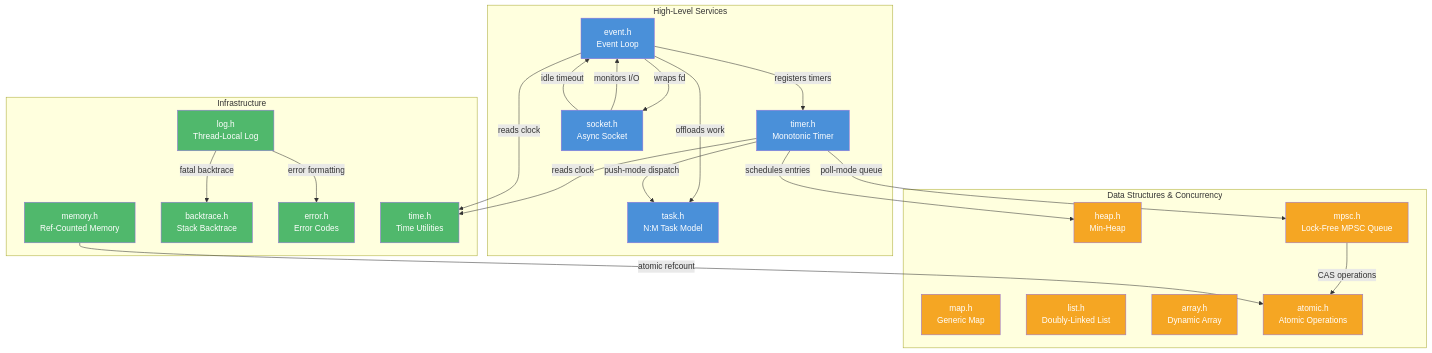
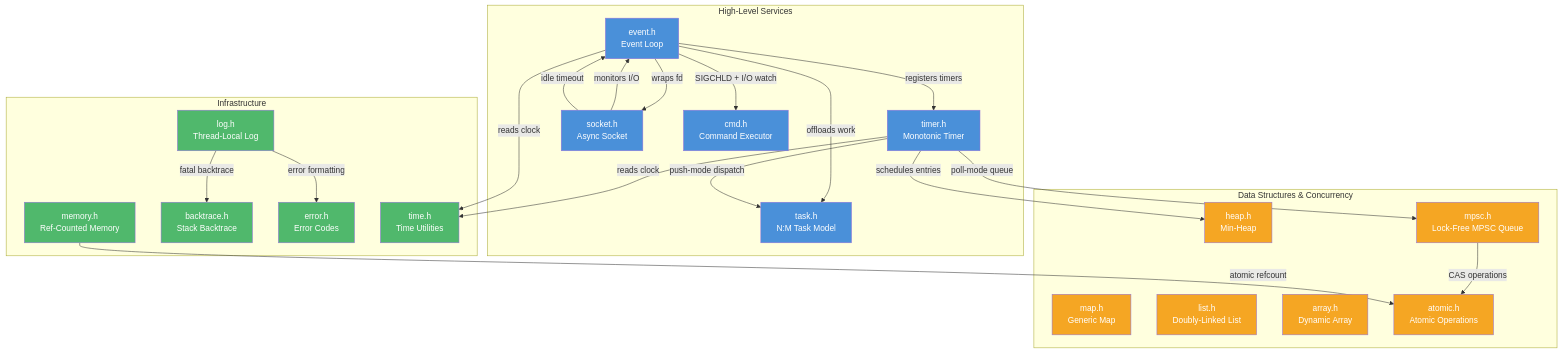
The first of 2 diagrams in docs/modules/xbase/README.md (mivinci/DownloadKit), drawn with Mermaid before and after one commit. The commit also changed other lines of this file and 6 other files, not shown here.

````diff
--- a/docs/modules/xbase/README.md
+++ b/docs/modules/xbase/README.md
@@ -25,61 +25,64 @@
 ```mermaid
 graph TD
     subgraph "High-Level Services"
         EVENT["event.h<br/>Event Loop"]
         TIMER["timer.h<br/>Monotonic Timer"]
         TASK["task.h<br/>N:M Task Model"]
         SOCKET["socket.h<br/>Async Socket"]
+        CMD["cmd.h<br/>Command Executor"]
     end
 
     subgraph "Infrastructure"
         MEMORY["memory.h<br/>Ref-Counted Memory"]
         LOG["log.h<br/>Thread-Local Log"]
         BACKTRACE["backtrace.h<br/>Stack Backtrace"]
         ERROR["error.h<br/>Error Codes"]
         TIME["time.h<br/>Time Utilities"]
     end
 
     subgraph "Data Structures & Concurrency"
         HEAP["heap.h<br/>Min-Heap"]
         MAP["map.h<br/>Generic Map"]
         LIST["list.h<br/>Doubly-Linked List"]
         ARRAY["array.h<br/>Dynamic Array"]
         MPSC["mpsc.h<br/>Lock-Free MPSC Queue"]
         ATOMIC["atomic.h<br/>Atomic Operations"]
     end
 
     EVENT -->|"registers timers"| TIMER
     EVENT -->|"offloads work"| TASK
     EVENT -->|"wraps fd"| SOCKET
+    EVENT -->|"SIGCHLD + I/O watch"| CMD
     SOCKET -->|"monitors I/O"| EVENT
     SOCKET -->|"idle timeout"| EVENT
 
     TIMER -->|"schedules entries"| HEAP
     TIMER -->|"poll-mode queue"| MPSC
     TIMER -->|"push-mode dispatch"| TASK
     TIMER -->|"reads clock"| TIME
 
     MPSC -->|"CAS operations"| ATOMIC
     MEMORY -->|"atomic refcount"| ATOMIC
 
     LOG -->|"fatal backtrace"| BACKTRACE
     LOG -->|"error formatting"| ERROR
 
     EVENT -->|"reads clock"| TIME
 
     style EVENT fill:#4a90d9,color:#fff
     style TIMER fill:#4a90d9,color:#fff
     style TASK fill:#4a90d9,color:#fff
     style SOCKET fill:#4a90d9,color:#fff
+    style CMD fill:#4a90d9,color:#fff
     style MEMORY fill:#50b86c,color:#fff
     style LOG fill:#50b86c,color:#fff
     style BACKTRACE fill:#50b86c,color:#fff
     style ERROR fill:#50b86c,color:#fff
     style TIME fill:#50b86c,color:#fff
     style HEAP fill:#f5a623,color:#fff
     style MAP fill:#f5a623,color:#fff
     style LIST fill:#f5a623,color:#fff
     style ARRAY fill:#f5a623,color:#fff
     style MPSC fill:#f5a623,color:#fff
     style ATOMIC fill:#f5a623,color:#fff
 ```
````
